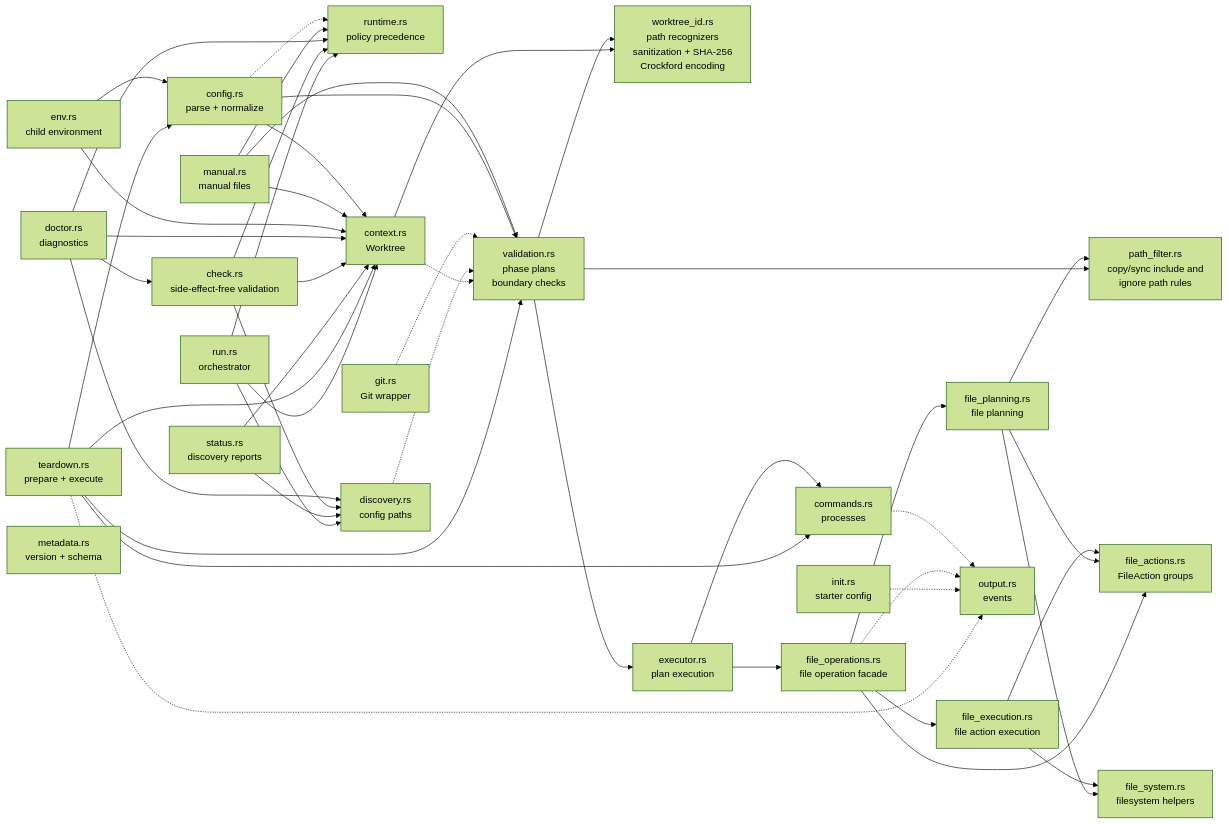
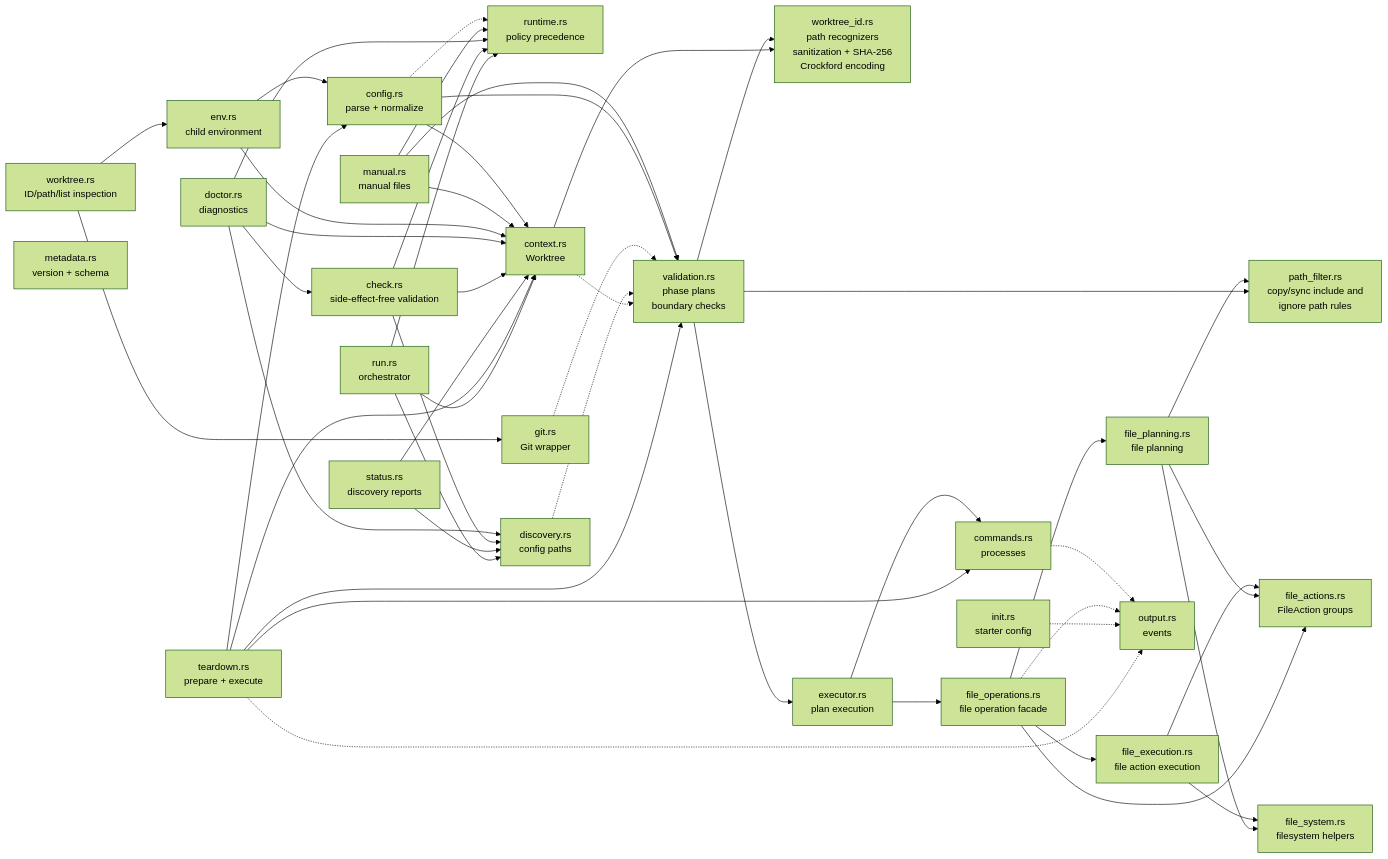
Before and after one commit to jimeh/treeboot: the sixth of 6 diagrams in docs/ARCHITECTURE.md, drawn with Mermaid (forest theme). The commit also changed other lines of this file and 16 other files, not shown here.

````diff
--- a/docs/ARCHITECTURE.md
+++ b/docs/ARCHITECTURE.md
@@ -269,74 +273,77 @@
 ```mermaid
 flowchart LR
   RUN["run.rs<br/>orchestrator"]
   TEARDOWN["teardown.rs<br/>prepare + execute"]
   STATUS["status.rs<br/>discovery reports"]
   CHECK["check.rs<br/>side-effect-free validation"]
   DOCTOR["doctor.rs<br/>diagnostics"]
   ENV["env.rs<br/>child environment"]
+  WORKTREE["worktree.rs<br/>ID/path/list inspection"]
   ID["worktree_id.rs<br/>path recognizers<br/>sanitization + SHA-256<br/>Crockford encoding"]
   MANUAL["manual.rs<br/>manual files"]
   CONFIG["config.rs<br/>parse + normalize"]
   RUNTIME["runtime.rs<br/>policy precedence"]
   INIT["init.rs<br/>starter config"]
   META["metadata.rs<br/>version + schema"]
   CONTEXT["context.rs<br/>Worktree"]
   DISC["discovery.rs<br/>config paths"]
   GIT["git.rs<br/>Git wrapper"]
   FILTER["path_filter.rs<br/>copy/sync include and<br/>ignore path rules"]
   EXEC["executor.rs<br/>plan execution"]
   VALID["validation.rs<br/>phase plans<br/>boundary checks"]
   FILE_ACTIONS["file_actions.rs<br/>FileAction groups"]
   FILE_OPS["file_operations.rs<br/>file operation facade"]
   FILE_PLANNING["file_planning.rs<br/>file planning"]
   FILE_EXECUTION["file_execution.rs<br/>file action execution"]
   FILE_SYSTEM["file_system.rs<br/>filesystem helpers"]
   CMDS["commands.rs<br/>processes"]
   OUT["output.rs<br/>events"]
 
   RUN --> CONTEXT
   RUN --> RUNTIME
   RUN --> DISC
   TEARDOWN --> CONTEXT
   TEARDOWN --> CONFIG
   TEARDOWN --> VALID
   TEARDOWN --> CMDS
   TEARDOWN -.-> OUT
   STATUS --> CONTEXT
   STATUS --> DISC
   CHECK --> CONTEXT
   CHECK --> RUNTIME
   CHECK --> DISC
   DOCTOR --> RUNTIME
   DOCTOR --> CONTEXT
   DOCTOR --> DISC
   DOCTOR --> CHECK
   ENV --> CONTEXT
   ENV --> CONFIG
+  WORKTREE --> ENV
+  WORKTREE --> GIT
   CONTEXT --> ID
   VALID --> ID
   MANUAL --> CONTEXT
   MANUAL --> RUNTIME
   CONFIG --> CONTEXT
   CONFIG -.-> RUNTIME
   CONTEXT -.-> VALID
   DISC -.-> VALID
   GIT -.-> VALID
   CONFIG --> VALID
   MANUAL --> VALID
   VALID --> FILTER
   FILE_OPS --> FILE_ACTIONS
   FILE_OPS --> FILE_PLANNING
   FILE_OPS --> FILE_EXECUTION
   FILE_PLANNING --> FILE_ACTIONS
   FILE_PLANNING --> FILE_SYSTEM
   FILE_PLANNING --> FILTER
   FILE_EXECUTION --> FILE_ACTIONS
   FILE_EXECUTION --> FILE_SYSTEM
   VALID --> EXEC
   EXEC --> FILE_OPS
   EXEC --> CMDS
   INIT -.-> OUT
   FILE_OPS -.-> OUT
   CMDS -.-> OUT
 ```
````
